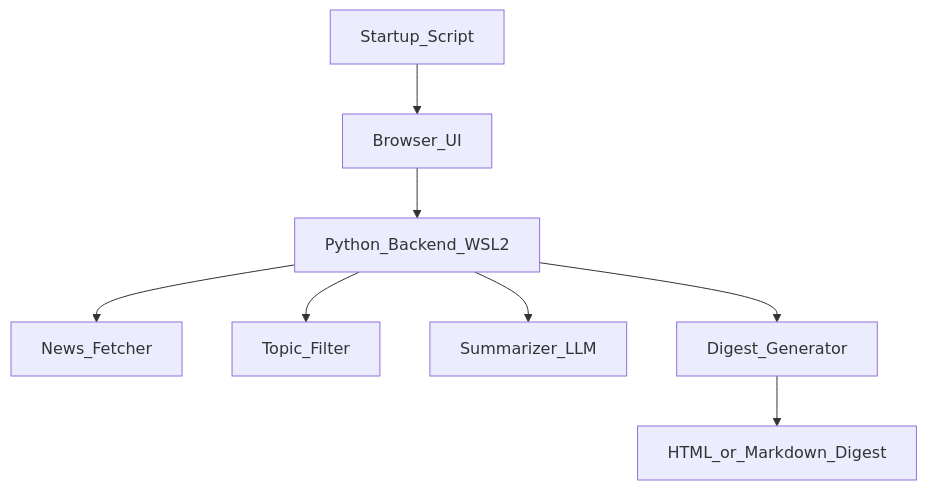
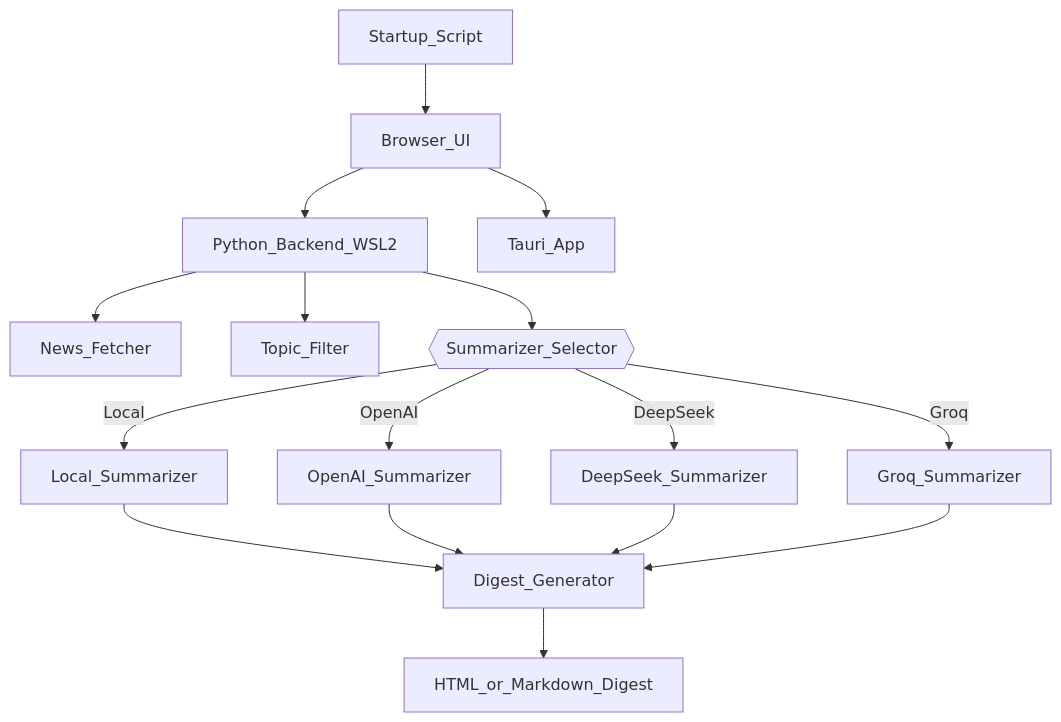
Before and after one commit to Residevil/NewsSummarizer: the diagram in README.md, drawn with Mermaid. The commit also changed other lines of this file and 1 other file, not shown here.

````diff
--- a/README.md
+++ b/README.md
@@ -72,10 +83,19 @@
 ```mermaid
 flowchart TD
     A[Startup_Script]-->B[Browser_UI]
     B-->C[Python_Backend_WSL2]
     C-->D[News_Fetcher]
     C-->E[Topic_Filter]
-    C-->F[Summarizer_LLM]
-    C-->G[Digest_Generator]
+    C-->SummarizerSelector{{Summarizer_Selector}}
+    SummarizerSelector-->|Local| FL[Local_Summarizer]
+    SummarizerSelector-->|OpenAI| F1[OpenAI_Summarizer]
+    SummarizerSelector-->|DeepSeek| F2[DeepSeek_Summarizer]
+    SummarizerSelector-->|Groq| F3[Groq_Summarizer]
+    FL-->G[Digest_Generator]
+    F1-->G
+    F2-->G
+    F3-->G
     G-->H[HTML_or_Markdown_Digest]
+    %% Optional frontend
+    B-->I[Tauri_App]
 ```
````
